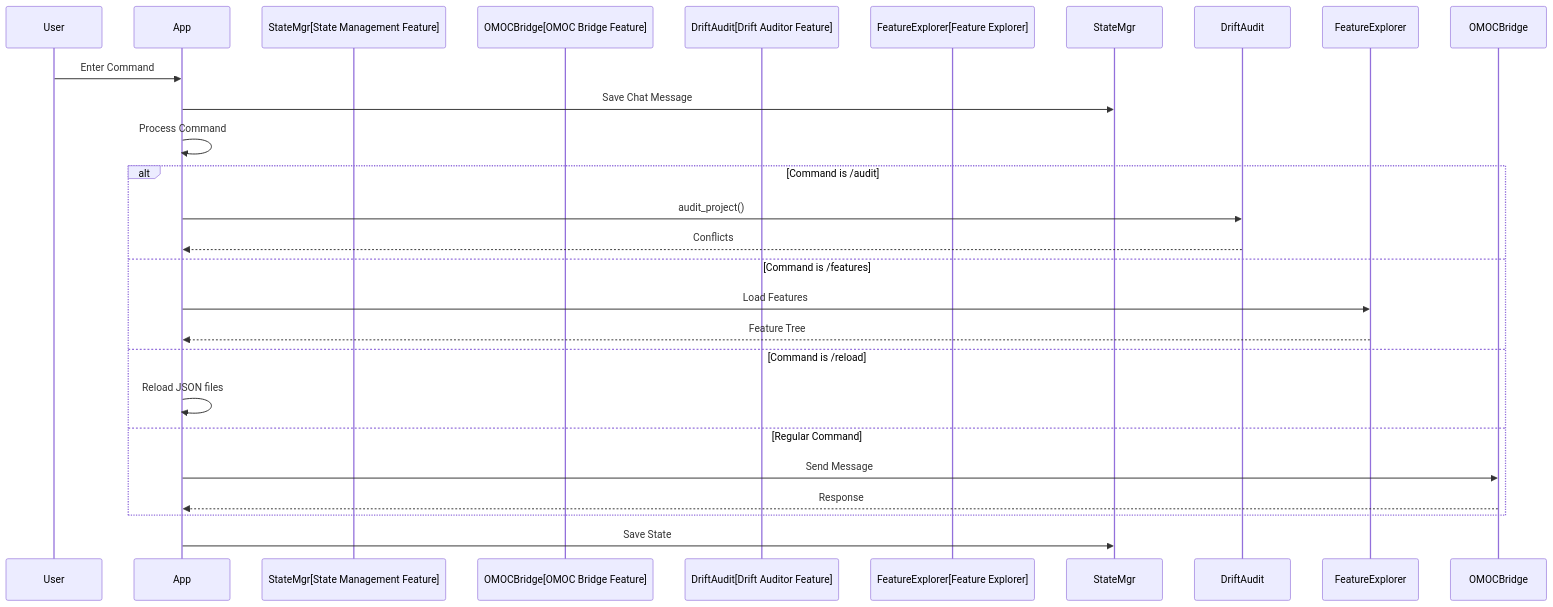
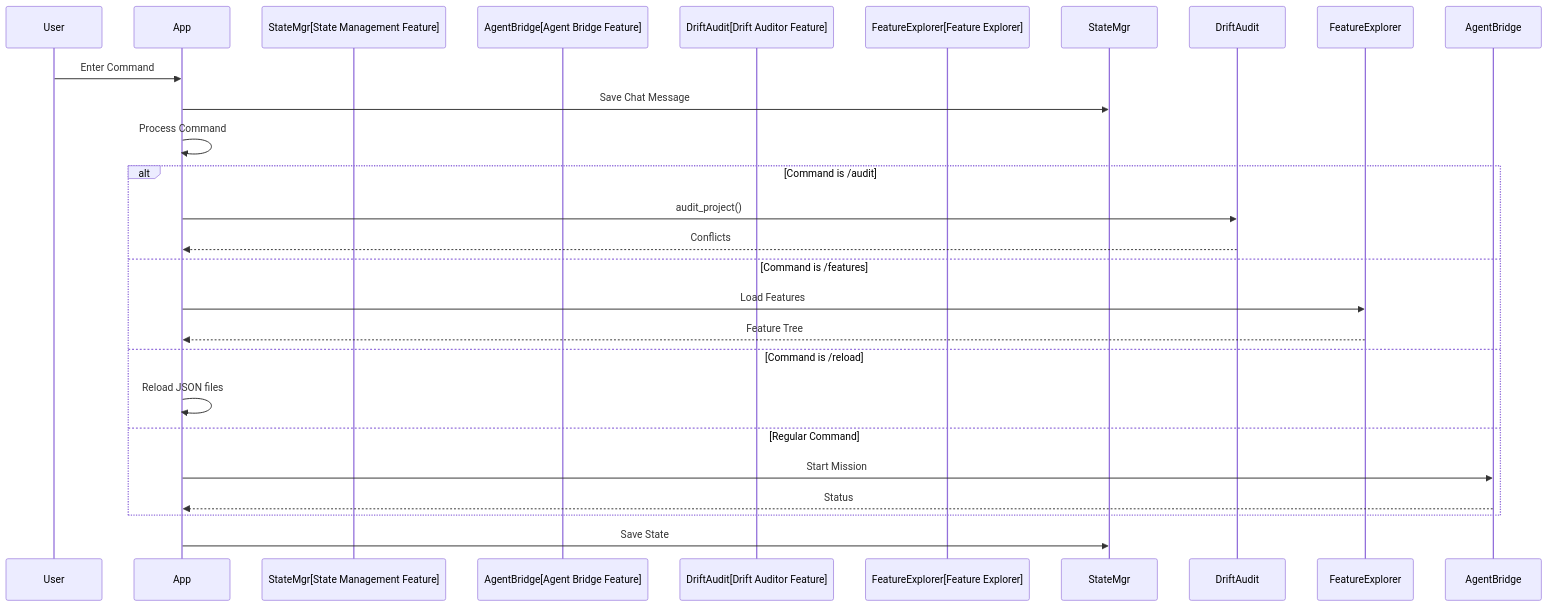
One commit to wp-sbwon/manifest changed the ninth of 11 diagrams in docs/project-manifest/visualization.md. Above: the diagram before and after it, drawn with Mermaid. The commit also changed other lines of this file and 49 other files, not shown here.

````diff
--- a/docs/project-manifest/visualization.md
+++ b/docs/project-manifest/visualization.md
@@ -221,28 +221,28 @@
 ```mermaid
 sequenceDiagram
     participant User
     participant App
     participant StateMgr[State Management Feature]
-    participant OMOCBridge[OMOC Bridge Feature]
+    participant AgentBridge[Agent Bridge Feature]
     participant DriftAudit[Drift Auditor Feature]
     participant FeatureExplorer[Feature Explorer]
     
     User->>App: Enter Command
     App->>StateMgr: Save Chat Message
     App->>App: Process Command
     
     alt Command is /audit
         App->>DriftAudit: audit_project()
         DriftAudit-->>App: Conflicts
     else Command is /features
         App->>FeatureExplorer: Load Features
         FeatureExplorer-->>App: Feature Tree
     else Command is /reload
         App->>App: Reload JSON files
     else Regular Command
-        App->>OMOCBridge: Send Message
-        OMOCBridge-->>App: Response
+        App->>AgentBridge: Start Mission
+        AgentBridge-->>App: Status
     end
     
     App->>StateMgr: Save State
 ```
````
